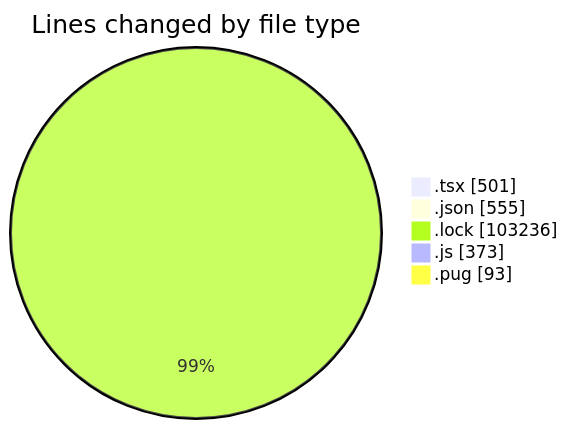
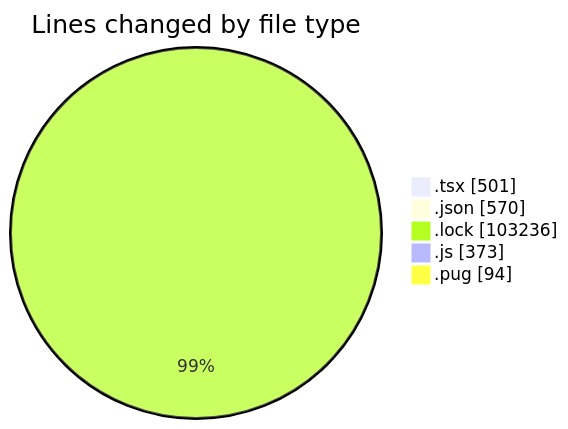
One commit to momahboobian/code-tracking changed the first of 2 diagrams in 2025-03-10/cda/README.md. Above: the diagram before and after it, drawn with Mermaid. The commit also changed other lines of this file and 1 other file, not shown here.

````diff
--- a/2025-03-10/cda/README.md
+++ b/2025-03-10/cda/README.md
@@ -45,9 +45,9 @@
 ```mermaid
 pie showData
 title Lines changed by file type
 ".tsx" : 501
-".json" : 555
+".json" : 570
 ".lock" : 103236
 ".js" : 373
-".pug" : 93
+".pug" : 94
 ```
````
